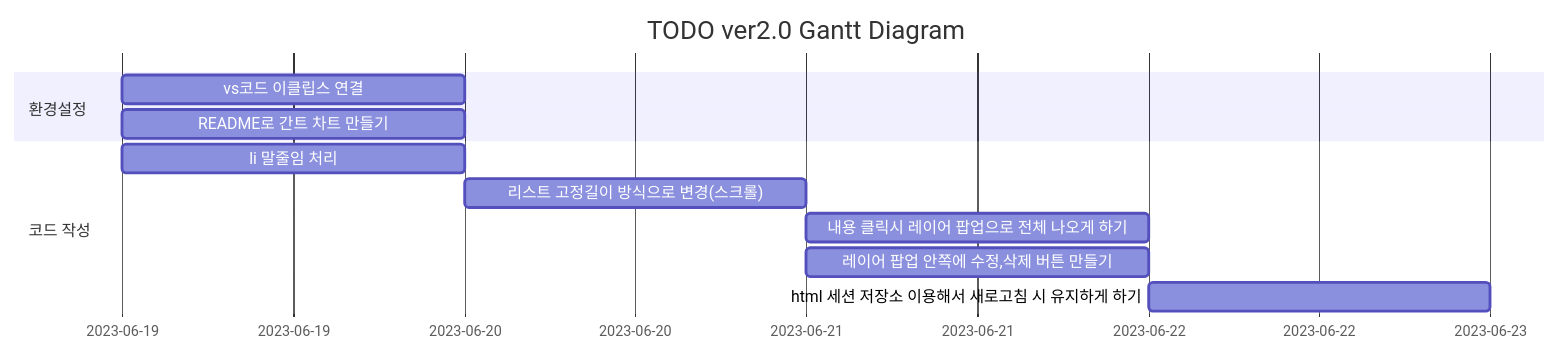
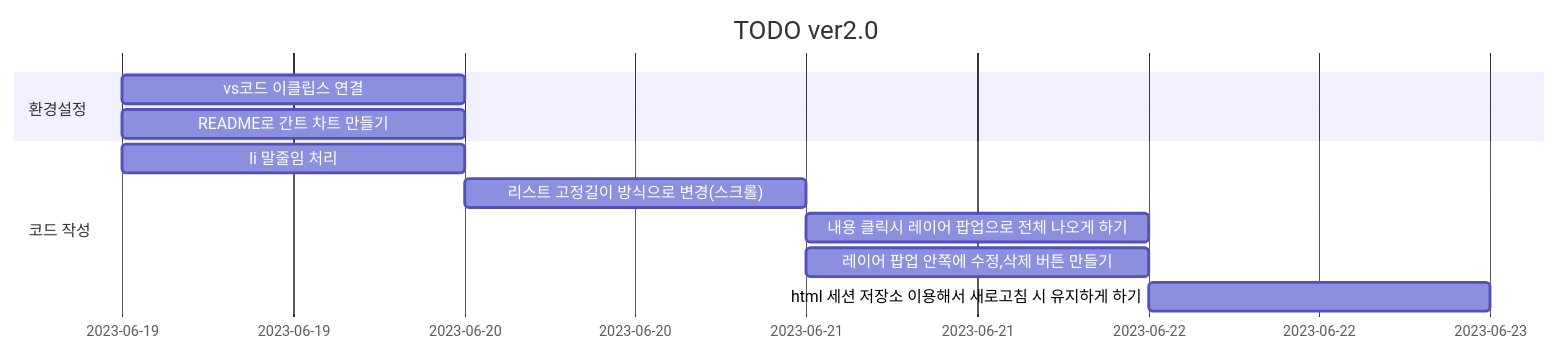
One commit to UDONGSALI/Toy-Project changed the diagram in README.md. Above: the diagram before and after it, drawn with Mermaid.

````diff
--- a/README.md
+++ b/README.md
@@ -1,14 +1,14 @@
 ```mermaid
 gantt
-    title TODO ver2.0 Gantt Diagram
+    title TODO ver2.0
     dateFormat  YYYY-MM-DD
     section 환경설정
     vs코드 이클립스 연결:2023-06-19, 1d
     README로 간트 차트 만들기:2023-06-19, 1d
     section 코드 작성
     li 말줄임 처리: 2023-06-19, 1d
     리스트 고정길이 방식으로 변경(스크롤): 2023-06-20, 1d
     내용 클릭시 레이어 팝업으로 전체 나오게 하기: 2023-06-21, 1d
     레이어 팝업 안쪽에 수정,삭제 버튼 만들기: 2023-06-21, 1d
     html 세션 저장소 이용해서 새로고침 시 유지하게 하기: 2023-06-22, 1d
 ```
````
